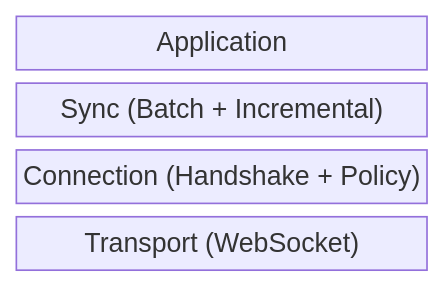
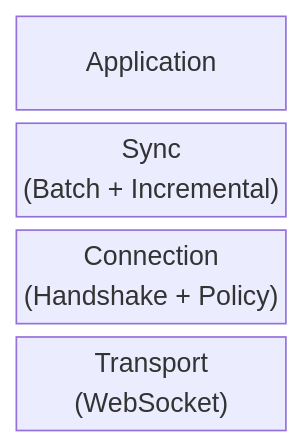
The first of 2 diagrams in design/README.md (inkandswitch/subduction), drawn with Mermaid before and after one commit. The commit also changed other lines of this file and 6 other files, not shown here.

````diff
--- a/design/README.md
+++ b/design/README.md
@@ -18,8 +19,8 @@
 ```mermaid
 block-beta
     columns 1
     Application
-    Sync["Sync (Batch + Incremental)"]
-    Connection["Connection (Handshake + Policy)"]
-    Transport["Transport (WebSocket)"]
+    Sync["Sync<br/>(Batch + Incremental)"]
+    Connection["Connection<br/>(Handshake + Policy)"]
+    Transport["Transport<br/>(WebSocket)"]
 ```
````
